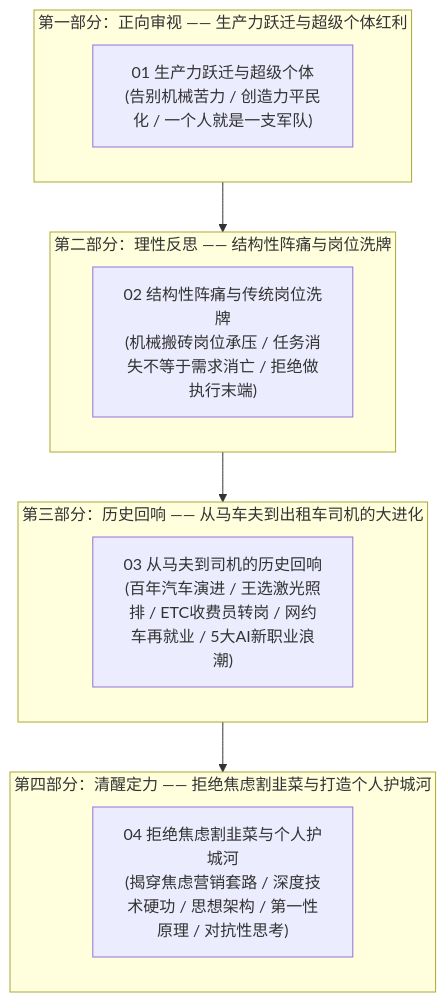
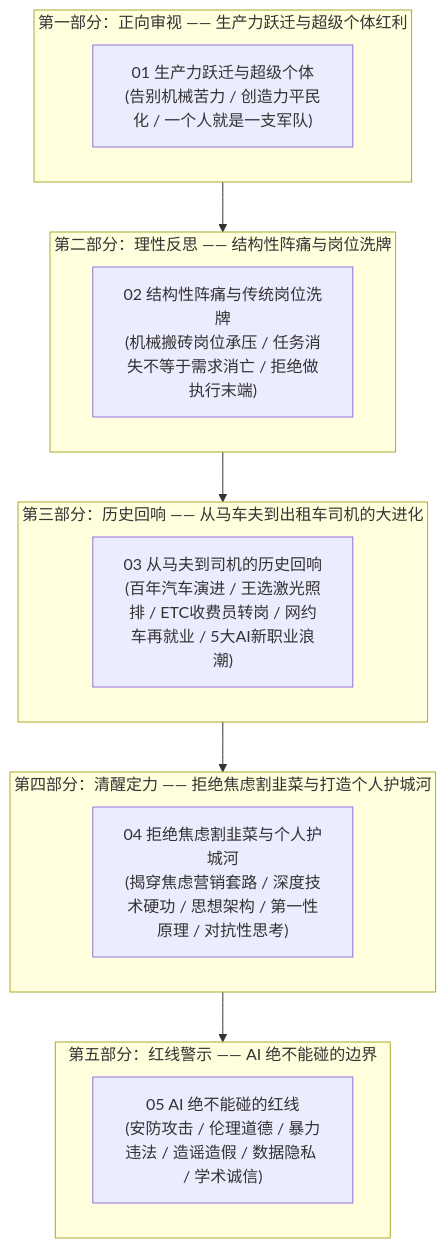
The diagram in 12_如何看待AI对时代的意义/README.md (buffer121328/vibe-coding-and-agents), drawn with Mermaid before and after one commit. The commit also changed other lines of this file and 3 other files, not shown here.

````diff
--- a/12_如何看待AI对时代的意义/README.md
+++ b/12_如何看待AI对时代的意义/README.md
@@ -18,22 +18,27 @@
 ```mermaid
 graph TD
     subgraph Part1 ["第一部分：正向审视 —— 生产力跃迁与超级个体红利"]
         A1["01 生产力跃迁与超级个体<br/>(告别机械苦力 / 创造力平民化 / 一个人就是一支军队)"]
     end
 
     subgraph Part2 ["第二部分：理性反思 —— 结构性阵痛与岗位洗牌"]
         B1["02 结构性阵痛与传统岗位洗牌<br/>(机械搬砖岗位承压 / 任务消失不等于需求消亡 / 拒绝做执行末端)"]
     end
 
     subgraph Part3 ["第三部分：历史回响 —— 从马车夫到出租车司机的大进化"]
         C1["03 从马夫到司机的历史回响<br/>(百年汽车演进 / 王选激光照排 / ETC收费员转岗 / 网约车再就业 / 5大AI新职业浪潮)"]
     end
 
     subgraph Part4 ["第四部分：清醒定力 —— 拒绝焦虑割韭菜与打造个人护城河"]
         D1["04 拒绝焦虑割韭菜与个人护城河<br/>(揭穿焦虑营销套路 / 深度技术硬功 / 思想架构 / 第一性原理 / 对抗性思考)"]
     end
 
+    subgraph Part5 ["第五部分：红线警示 —— AI 绝不能碰的边界"]
+        E1["05 AI 绝不能碰的红线<br/>(安防攻击 / 伦理道德 / 暴力违法 / 造谣造假 / 数据隐私 / 学术诚信)"]
+    end
+
     Part1 --> Part2
     Part2 --> Part3
     Part3 --> Part4
+    Part4 --> Part5
 ```
````
